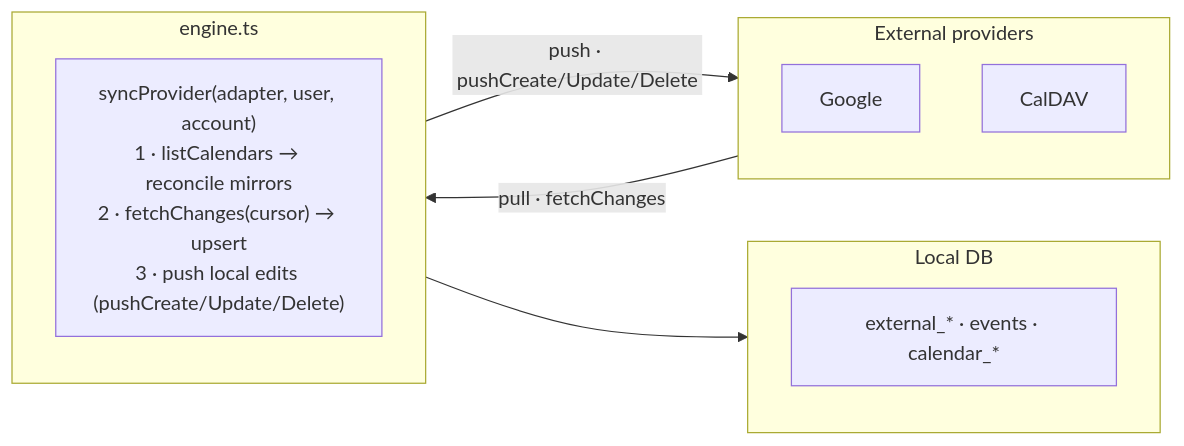
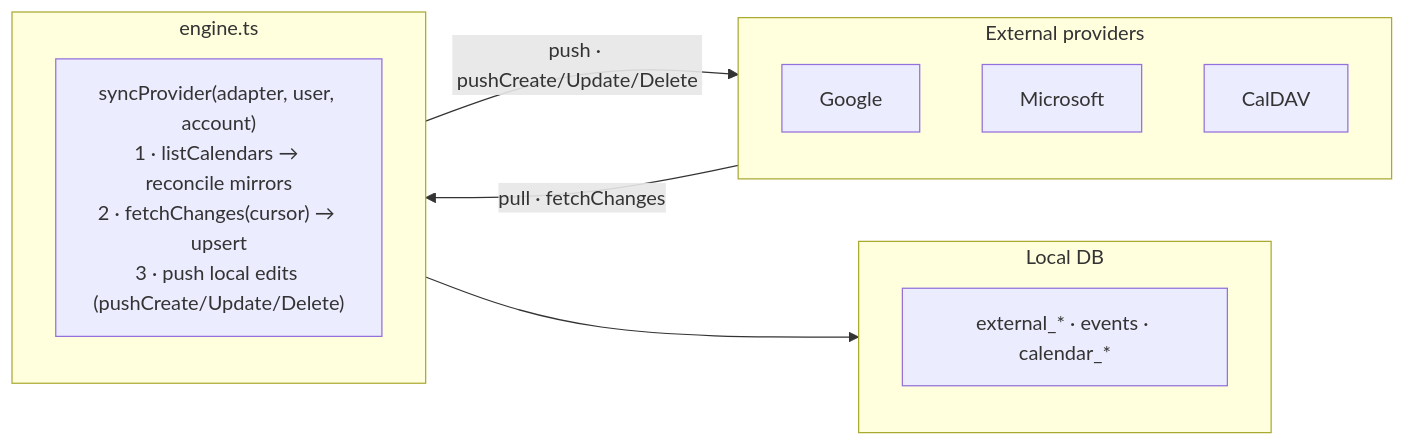
One commit to frgtn-dot-dev/musubi changed the diagram in packages/docs/src/content/docs/architecture/sync.mdx. Above: the diagram before and after it, drawn with Mermaid. The commit also changed other lines of this file and 15 other files, not shown here.

Commit message:
feat: Microsoft Outlook calendar sync via Graph API

````diff
--- a/packages/docs/src/content/docs/architecture/sync.mdx
+++ b/packages/docs/src/content/docs/architecture/sync.mdx
@@ -12,16 +12,17 @@
 ```mermaid
 flowchart LR
     subgraph P[External providers]
       G[Google]
+      M[Microsoft]
       C[CalDAV]
     end
     subgraph EN[engine.ts]
       SP["syncProvider(adapter, user, account)<br/>1 · listCalendars → reconcile mirrors<br/>2 · fetchChanges(cursor) → upsert<br/>3 · push local edits (pushCreate/Update/Delete)"]
     end
     subgraph DB[Local DB]
       T["external_* · events · calendar_*"]
     end
     P -->|"pull · fetchChanges"| EN
     EN -->|"push · pushCreate/Update/Delete"| P
     EN --> DB
 ```
````
